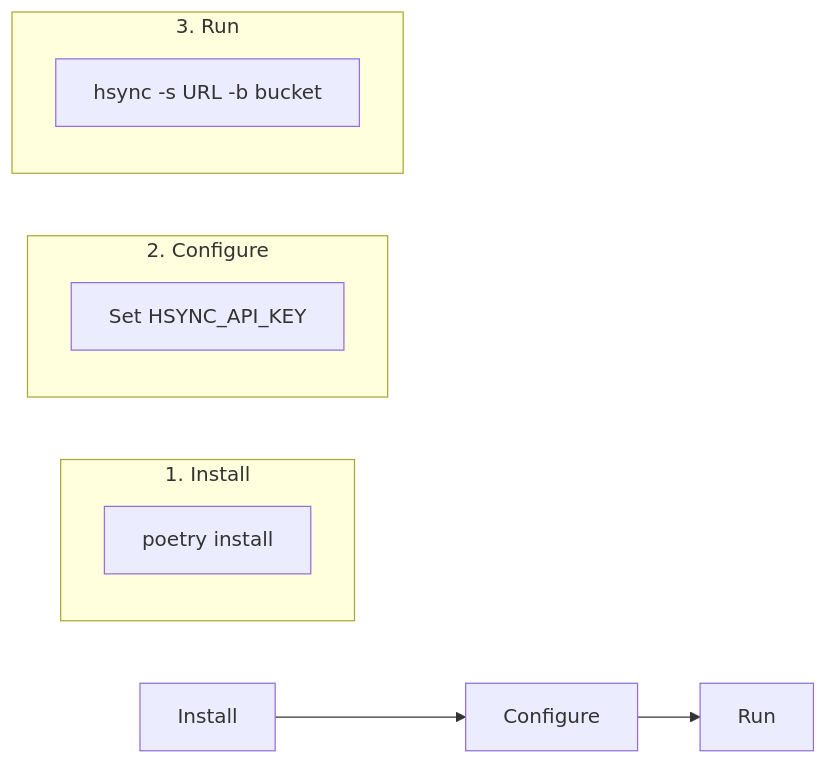
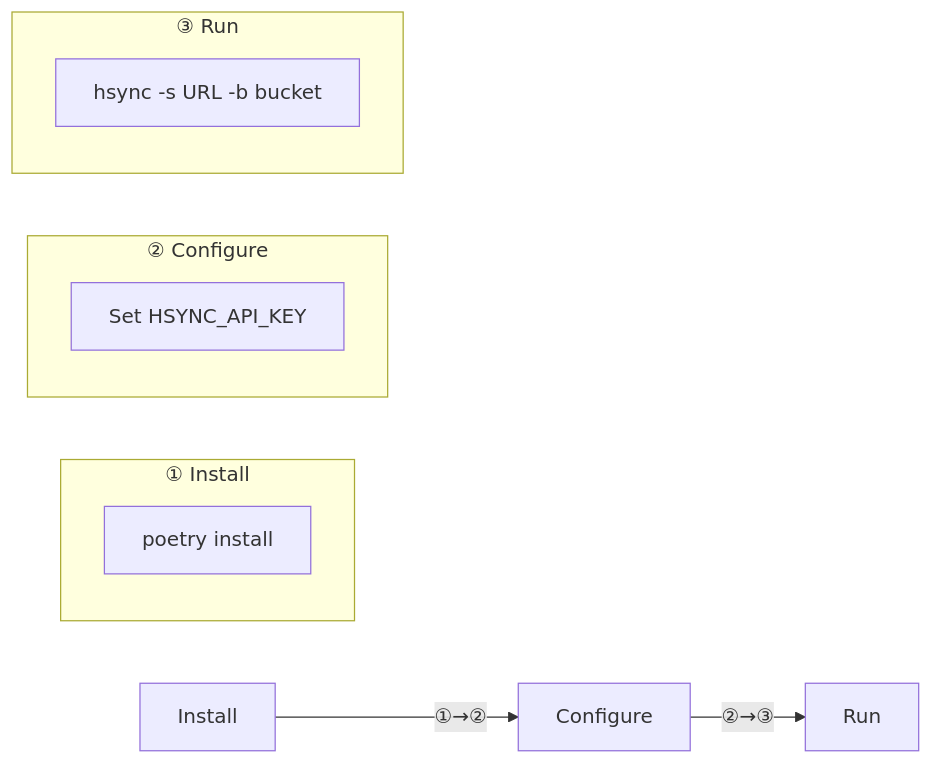
One commit to albertsdk/hsync-client changed the first of 6 diagrams in docs/usage.md. Above: the diagram before and after it, drawn with Mermaid. The commit also changed other lines of this file and 21 other files, not shown here.

First line of the commit message:
Add numbered phases to documentation diagrams

````diff
--- a/docs/usage.md
+++ b/docs/usage.md
@@ -9,17 +9,17 @@
 ```mermaid
 flowchart LR
-    A[Install] --> B[Configure]
-    B --> C[Run]
-    
-    subgraph "1. Install"
+    A[Install] -->|"①→②"| B[Configure]
+    B -->|"②→③"| C[Run]
+
+    subgraph "① Install"
         A1[poetry install]
     end
-    
-    subgraph "2. Configure"
+
+    subgraph "② Configure"
         B1[Set HSYNC_API_KEY]
     end
-    
-    subgraph "3. Run"
+
+    subgraph "③ Run"
         C1[hsync -s URL -b bucket]
     end
 ```
````
